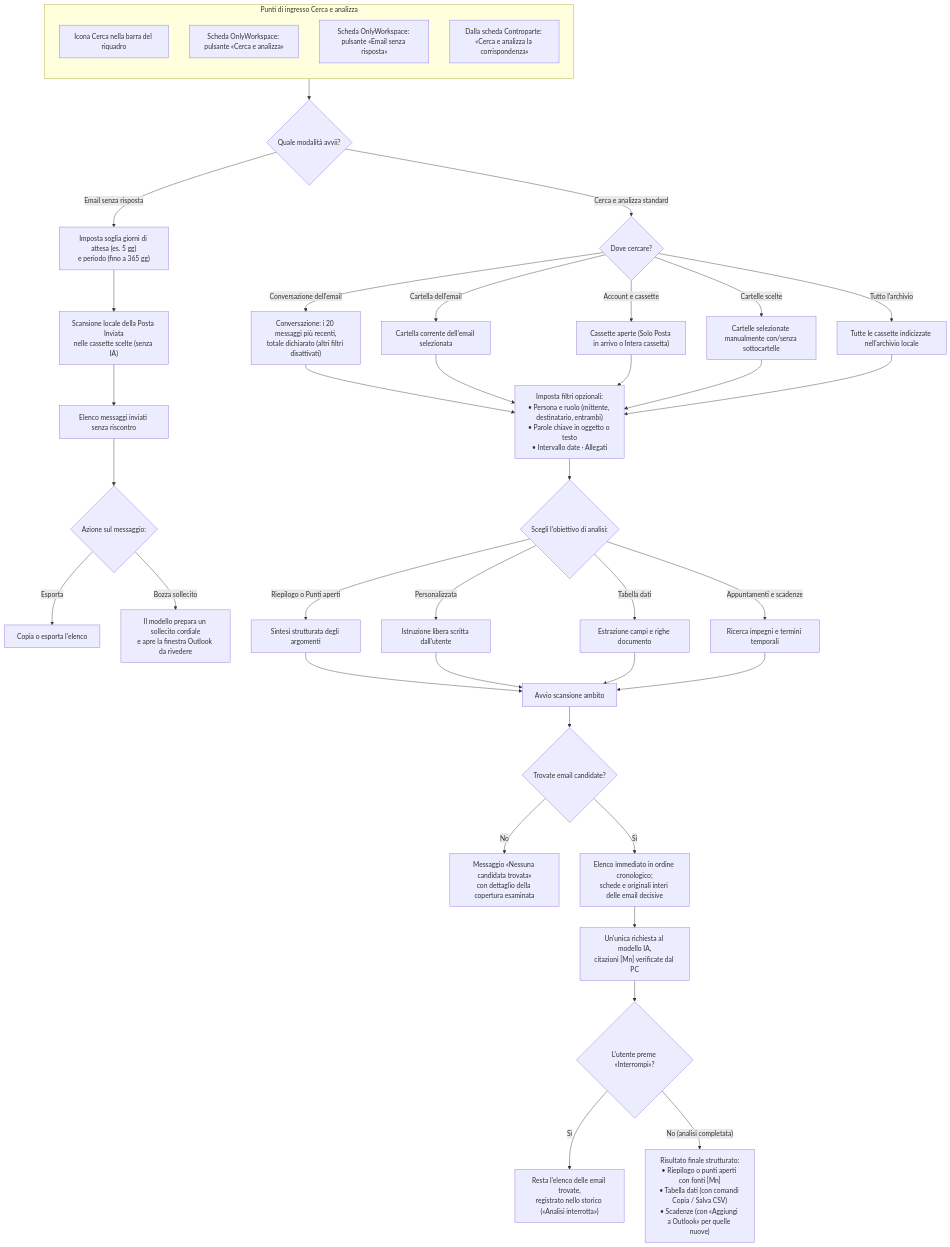
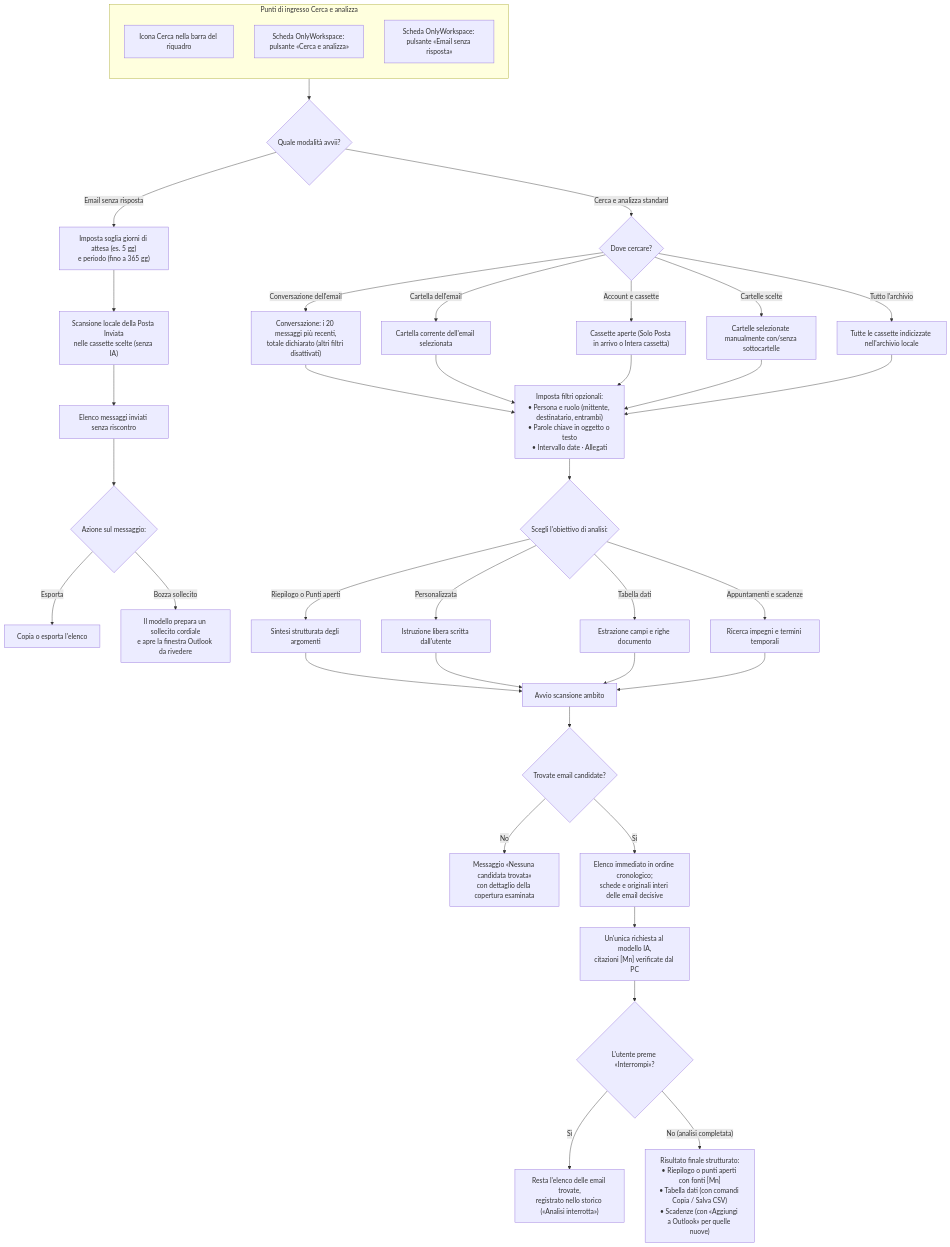
Before and after one commit to dennidalpos/OnlyWorkspace: the fourth of 6 diagrams in docs/utente/guida-visiva.md, drawn with Mermaid. The commit also changed 46 other files, not shown here.

````diff
--- a/docs/utente/guida-visiva.md
+++ b/docs/utente/guida-visiva.md
@@ -193,56 +193,55 @@
 ```mermaid
 flowchart TD
     subgraph INGRESSO_SEARCH["Punti di ingresso Cerca e analizza"]
         direction TB
         S1["Icona Cerca nella barra del riquadro"]
         S2["Scheda OnlyWorkspace: pulsante «Cerca e analizza»"]
         S3["Scheda OnlyWorkspace: pulsante «Email senza risposta»"]
-        S4["Dalla scheda Controparte: «Cerca e analizza la corrispondenza»"]
     end
 
     INGRESSO_SEARCH --> RAMO_TIPO{"Quale modalità avvii?"}
 
     RAMO_TIPO -->|"Email senza risposta"| ESR_SETUP["Imposta soglia giorni di attesa (es. 5 gg)<br/>e periodo (fino a 365 gg)"]
     ESR_SETUP --> ESR_RUN["Scansione locale della Posta Inviata<br/>nelle cassette scelte (senza IA)"]
     ESR_RUN --> ESR_RES["Elenco messaggi inviati senza riscontro"]
     ESR_RES --> ESR_ACT{"Azione sul messaggio:"}
     ESR_ACT -->|"Esporta"| ESR_EXP["Copia o esporta l'elenco"]
     ESR_ACT -->|"Bozza sollecito"| ESR_DRAFT["Il modello prepara un sollecito cordiale<br/>e apre la finestra Outlook da rivedere"]
 
     RAMO_TIPO -->|"Cerca e analizza standard"| AMBITO{"Dove cercare?"}
 
     AMBITO -->|"Conversazione dell'email"| AMB_CONV["Conversazione: i 20 messaggi più recenti,<br/>totale dichiarato (altri filtri disattivati)"]
     AMBITO -->|"Cartella dell'email"| AMB_FOLD["Cartella corrente dell'email selezionata"]
     AMBITO -->|"Account e cassette"| AMB_BOX["Cassette aperte (Solo Posta in arrivo o Intera cassetta)"]
     AMBITO -->|"Cartelle scelte"| AMB_TREE["Cartelle selezionate manualmente con/senza sottocartelle"]
     AMBITO -->|"Tutto l'archivio"| AMB_ARCH["Tutte le cassette indicizzate nell'archivio locale"]
 
     AMB_CONV --> FILTRI
     AMB_FOLD --> FILTRI
     AMB_BOX --> FILTRI
     AMB_TREE --> FILTRI
     AMB_ARCH --> FILTRI
 
     FILTRI["Imposta filtri opzionali:<br/>• Persona e ruolo (mittente, destinatario, entrambi)<br/>• Parole chiave in oggetto o testo<br/>• Intervallo date · Allegati"]
 
     FILTRI --> OBIETTIVO{"Scegli l'obiettivo di analisi:"}
 
     OBIETTIVO -->|"Riepilogo o Punti aperti"| OB_SUM["Sintesi strutturata degli argomenti"]
     OBIETTIVO -->|"Personalizzata"| OB_CUST["Istruzione libera scritta dall'utente"]
     OBIETTIVO -->|"Tabella dati"| OB_TAB["Estrazione campi e righe documento"]
     OBIETTIVO -->|"Appuntamenti e scadenze"| OB_DATE["Ricerca impegni e termini temporali"]
 
     OB_SUM --> RUN_SEARCH["Avvio scansione ambito"]
     OB_CUST --> RUN_SEARCH
     OB_TAB --> RUN_SEARCH
     OB_DATE --> RUN_SEARCH
 
     RUN_SEARCH --> CHECK_CAND{"Trovate email candidate?"}
     CHECK_CAND -->|"No"| RES_ZERO["Messaggio «Nessuna candidata trovata»<br/>con dettaglio della copertura esaminata"]
     CHECK_CAND -->|"Sì"| READ_BATCH["Elenco immediato in ordine cronologico;<br/>schede e originali interi delle email decisive"]
     READ_BATCH --> PROCESS_IA["Un'unica richiesta al modello IA,<br/>citazioni [Mn] verificate dal PC"]
 
     PROCESS_IA --> CHECK_USER_STOP{"L'utente preme «Interrompi»?"}
     CHECK_USER_STOP -->|"Sì"| RES_PARTIAL["Resta l'elenco delle email trovate,<br/>registrato nello storico («Analisi interrotta»)"]
     CHECK_USER_STOP -->|"No (analisi completata)"| RES_FULL["Risultato finale strutturato:<br/>• Riepilogo o punti aperti con fonti [Mn]<br/>• Tabella dati (con comandi Copia / Salva CSV)<br/>• Scadenze (con «Aggiungi a Outlook» per quelle nuove)"]
 ```
````
